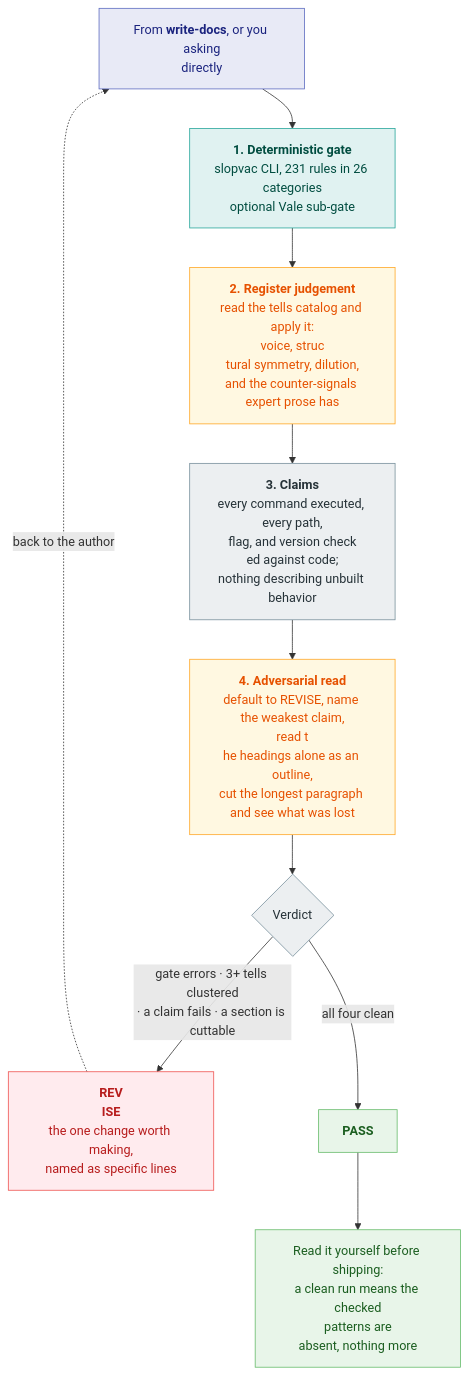
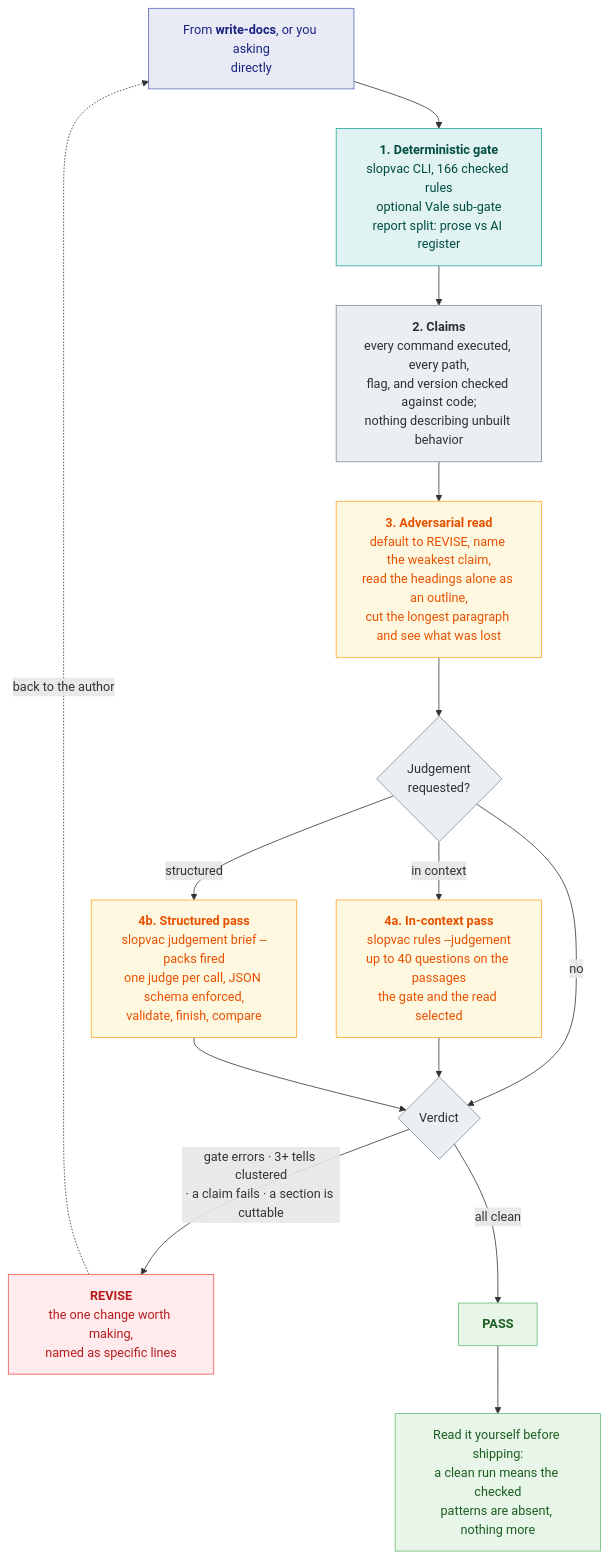
Before and after one commit to srobroek/slopvac: the second of 3 diagrams in README.md, drawn with Mermaid. The commit also changed other lines of this file and 1 other file, not shown here.

First line of the commit message:
docs(readme): describe the two layers up front and write up the judgement layer (#157)

````diff
--- a/README.md
+++ b/README.md
@@ -106,41 +115,43 @@
 ```mermaid
 flowchart TD
     IN["From <b>write-docs</b>, or you asking<br/>directly"]
 
     IN --> GATE
 
-    GATE["<b>1. Deterministic gate</b><br/>slopvac CLI, 231 rules in 26 categories<br/>optional Vale sub-gate"]
+    GATE["<b>1. Deterministic gate</b><br/>slopvac CLI, 166 checked rules<br/>optional Vale sub-gate<br/>report split: prose vs AI register"]
 
-    GATE --> REG["<b>2. Register judgement</b><br/>read the tells catalog and apply it:<br/>voice, struc
-tural symmetry, dilution,<br/>and the counter-signals expert prose has"]
+    GATE --> CLAIMS["<b>2. Claims</b><br/>every command executed, every path,<br/>flag, and version checked against code;<br/>nothing describing unbuilt behavior"]
 
-    REG --> CLAIMS["<b>3. Claims</b><br/>every command executed, every path,<br/>flag, and version check
-ed against code;<br/>nothing describing unbuilt behavior"]
+    CLAIMS --> CUT["<b>3. Adversarial read</b><br/>default to REVISE, name the weakest claim,<br/>read the headings alone as an outline,<br/>cut the longest paragraph and see what was lost"]
 
-    CLAIMS --> CUT["<b>4. Adversarial read</b><br/>default to REVISE, name the weakest claim,<br/>read t
-he headings alone as an outline,<br/>cut the longest paragraph and see what was lost"]
+    CUT --> OPT{"Judgement<br/>requested?"}
 
-    CUT --> V{"Verdict"}
+    OPT -->|no| V
+    OPT -->|"in context"| INCTX["<b>4a. In-context pass</b><br/>slopvac rules --judgement<br/>up to 40 questions on the passages<br/>the gate and the read selected"]
+    OPT -->|"structured"| BRIEF["<b>4b. Structured pass</b><br/>slopvac judgement brief --packs fired<br/>one judge per call, JSON schema enforced,<br/>validate, finish, compare"]
 
-    V -->|"gate errors · 3+ tells clustered<br/>· a claim fails · a section is cuttable"| REVISE["<b>REV
-ISE</b><br/>the one change worth making,<br/>named as specific lines"]
-    V -->|"all four clean"| PASS["<b>PASS</b>"]
+    INCTX --> V
+    BRIEF --> V
+
+    V{"Verdict"}
+
+    V -->|"gate errors · 3+ tells clustered<br/>· a claim fails · a section is cuttable"| REVISE["<b>REVISE</b><br/>the one change worth making,<br/>named as specific lines"]
+    V -->|"all clean"| PASS["<b>PASS</b>"]
 
     REVISE -.->|back to the author| IN
-    PASS --> SHIP["Read it yourself before shipping:<br/>a clean run means the checked<br/>patterns are
-absent, nothing more"]
+    PASS --> SHIP["Read it yourself before shipping:<br/>a clean run means the checked<br/>patterns are absent, nothing more"]
 
     classDef you fill:#e8eaf6,stroke:#5c6bc0,color:#1a237e
     classDef det fill:#e0f2f1,stroke:#26a69a,color:#004d40
     classDef jud fill:#fff8e1,stroke:#ffa726,color:#e65100
     classDef work fill:#eceff1,stroke:#78909c,color:#263238
     classDef bad fill:#ffebee,stroke:#ef5350,color:#b71c1c
     classDef good fill:#e8f5e9,stroke:#66bb6a,color:#1b5e20
 
     class IN you
     class GATE det
-    class REG,CUT jud
-    class CLAIMS,V work
+    class INCTX,BRIEF,CUT jud
+    class CLAIMS,V,OPT work
     class REVISE bad
     class PASS,SHIP good
 ```
````
